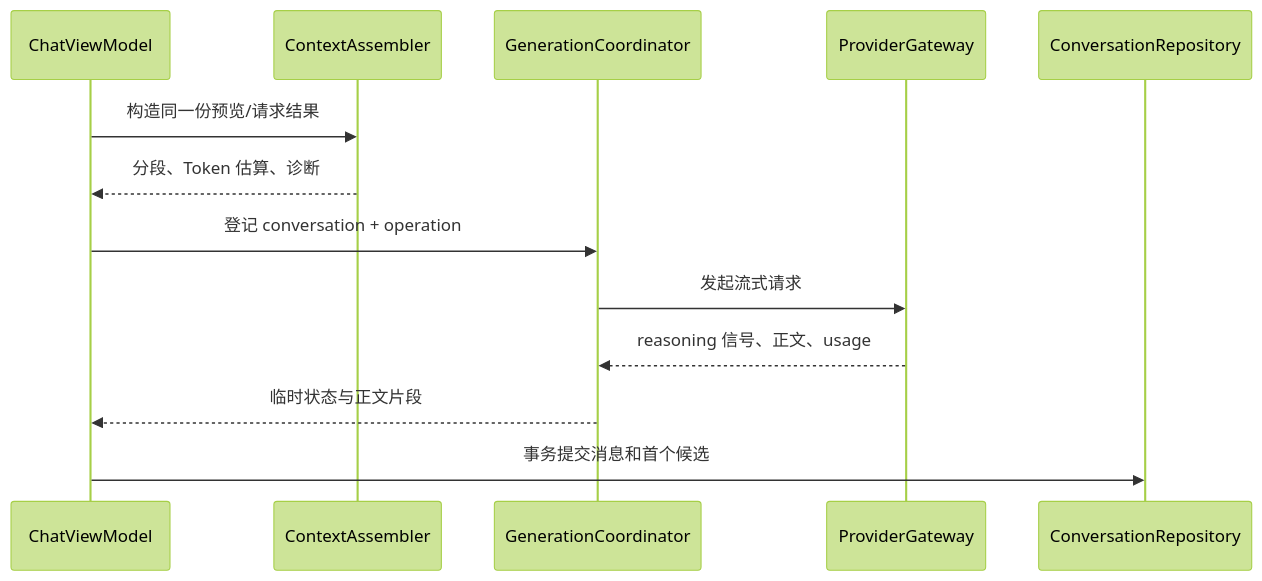
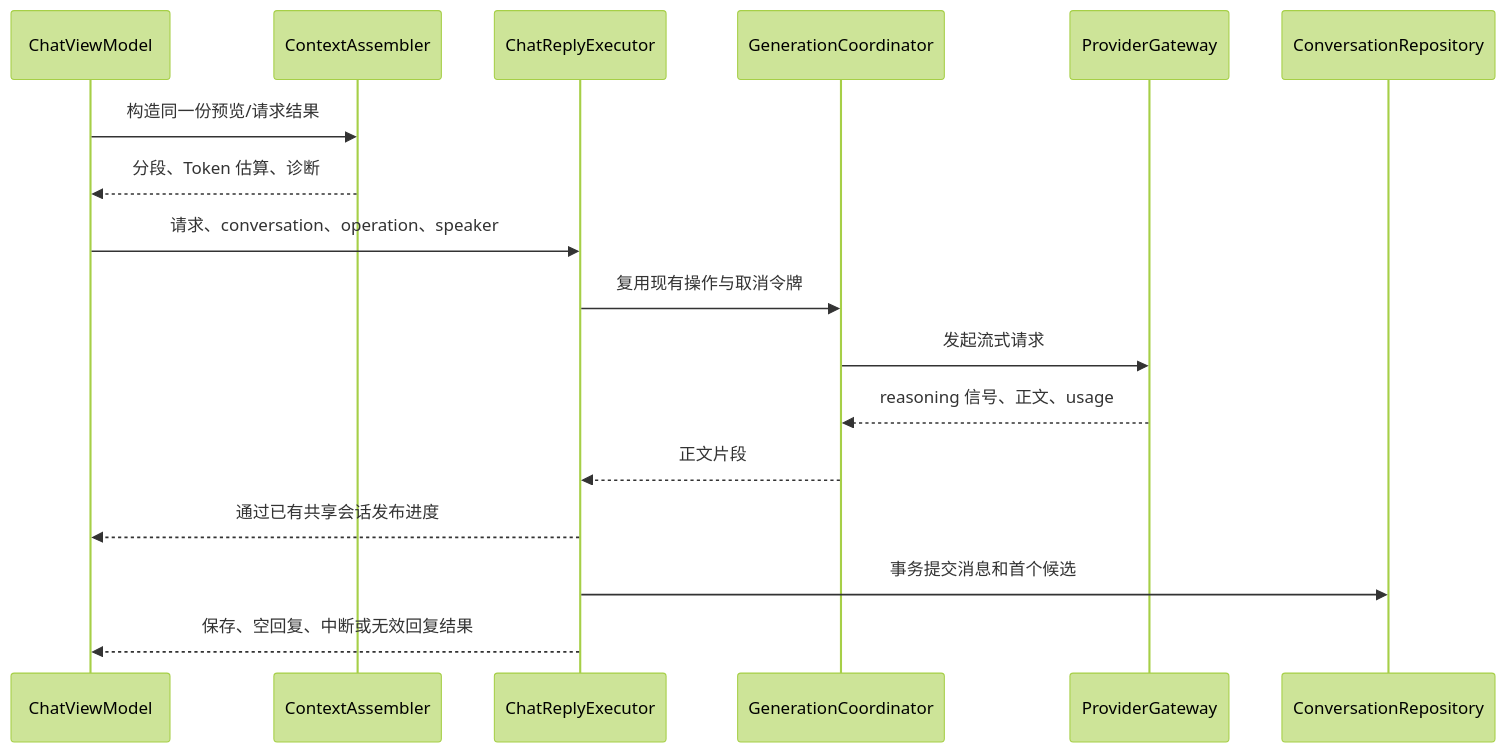
One commit to linnnn89/New-tavern changed the second of 2 diagrams in docs/architecture.md. Above: the diagram before and after it, drawn with Mermaid (forest theme). The commit also changed other lines of this file and 40 other files, not shown here.

Commit message:
refactor: extract chat reply execution and publish isolated-test capable build

````diff
--- a/docs/architecture.md
+++ b/docs/architecture.md
@@ -100,16 +100,20 @@
 ```mermaid
 sequenceDiagram
     participant UI as ChatViewModel
     participant Context as ContextAssembler
+    participant Reply as ChatReplyExecutor
     participant Coordinator as GenerationCoordinator
     participant Provider as ProviderGateway
     participant Store as ConversationRepository
 
     UI->>Context: 构造同一份预览/请求结果
     Context-->>UI: 分段、Token 估算、诊断
-    UI->>Coordinator: 登记 conversation + operation
+    UI->>Reply: 请求、conversation、operation、speaker
+    Reply->>Coordinator: 复用现有操作与取消令牌
     Coordinator->>Provider: 发起流式请求
     Provider-->>Coordinator: reasoning 信号、正文、usage
-    Coordinator-->>UI: 临时状态与正文片段
-    UI->>Store: 事务提交消息和首个候选
+    Coordinator-->>Reply: 正文片段
+    Reply-->>UI: 通过已有共享会话发布进度
+    Reply->>Store: 事务提交消息和首个候选
+    Reply-->>UI: 保存、空回复、中断或无效回复结果
 ```
````
